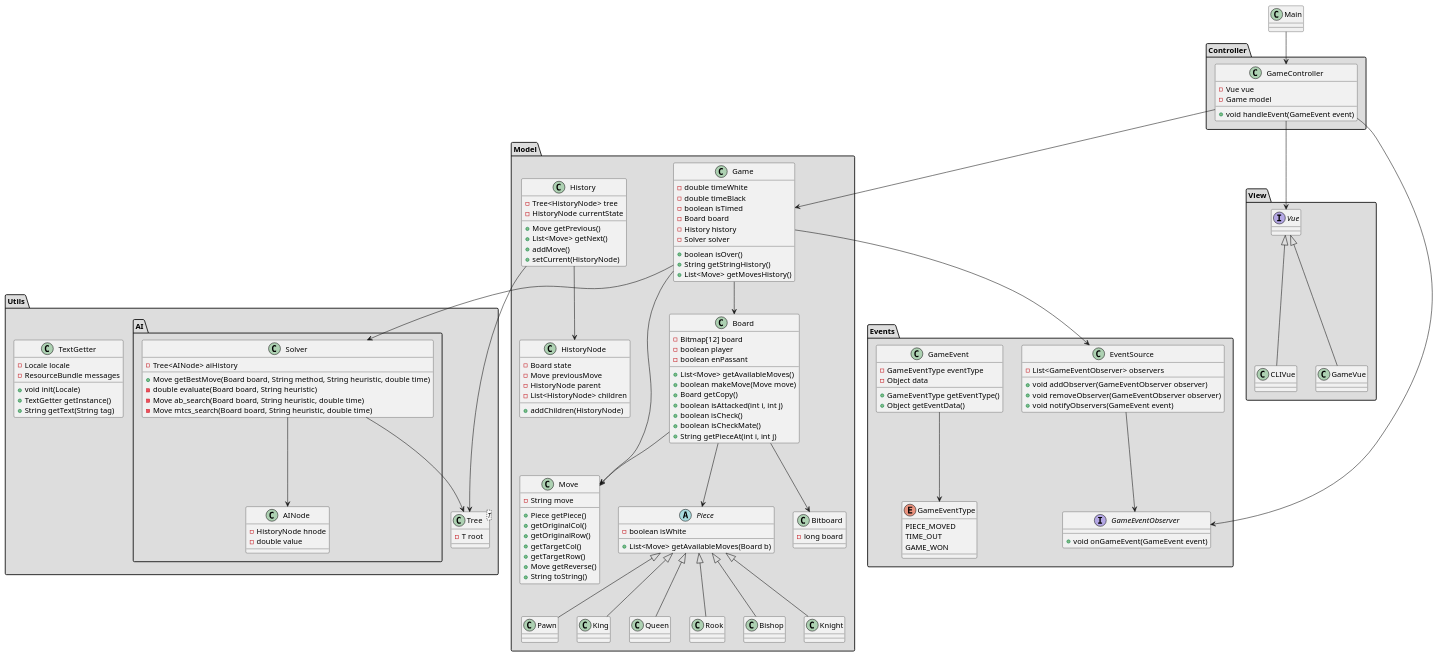
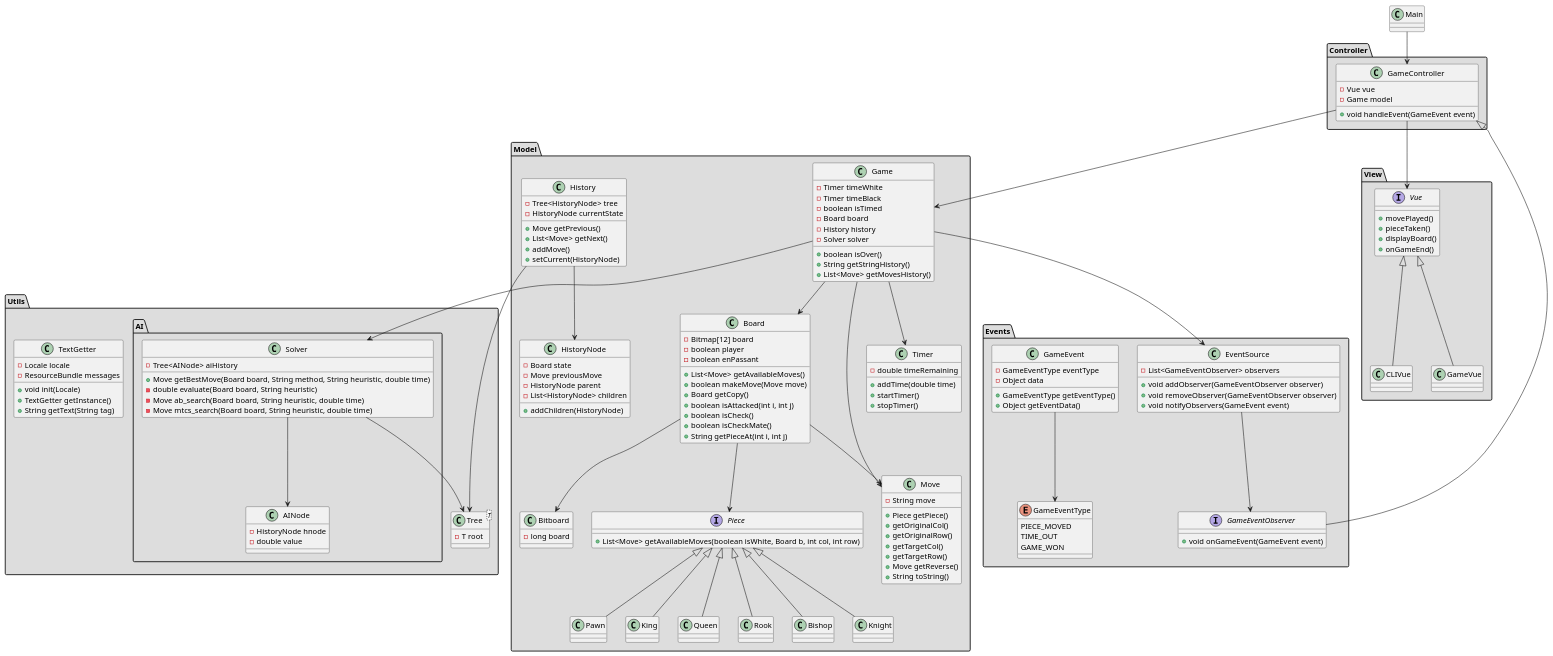
Before and after one commit to Vjonquiere/chess: the diagram in reports/preliminary/graph.puml, drawn with PlantUML.

Commit message:
updated architecture uml

```diff
--- a/reports/preliminary/graph.puml
+++ b/reports/preliminary/graph.puml
@@ -1,171 +1,183 @@
 @startuml
 top to bottom direction
 
 package "Model" #DDDDDD{
     class Game {
-        - double timeWhite
-        - double timeBlack
+        - Timer timeWhite
+        - Timer timeBlack
         - boolean isTimed
         - Board board
         - History history
         - Solver solver
         + boolean isOver()
         + String getStringHistory()
         + List<Move> getMovesHistory()
     }
 
     class History {
         - Tree<HistoryNode> tree
         - HistoryNode currentState
         + Move getPrevious()
         + List<Move> getNext()
         + addMove()
         + setCurrent(HistoryNode)
     }
 
     class HistoryNode {
         - Board state
         - Move previousMove
         - HistoryNode parent 
         - List<HistoryNode> children
         + addChildren(HistoryNode)
     }
 
     class Board {
         - Bitmap[12] board
         - boolean player
         - boolean enPassant
         + List<Move> getAvailableMoves()
         + boolean makeMove(Move move)
         + Board getCopy()
         + boolean isAttacked(int i, int j)
         + boolean isCheck()
         + boolean isCheckMate()
         + String getPieceAt(int i, int j)
     }
 
     class Bitboard {
         - long board
     }
 
     class Move {
         - String move
         + Piece getPiece()
         + getOriginalCol()
         + getOriginalRow()
         + getTargetCol()
         + getTargetRow()
         + Move getReverse()
         + String toString()
     }
 
-    abstract Piece {
-        - boolean isWhite
-        + List<Move> getAvailableMoves(Board b)
+    interface Piece {
+        + List<Move> getAvailableMoves(boolean isWhite, Board b, int col, int row)
     } 
 
     class Pawn {}
     class King {}
     class Queen {}
     class Rook {}
     class Bishop {}
     class Knight {}
+    
+    class Timer {
+        - double timeRemaining
+        + addTime(double time)
+        + startTimer()
+        + stopTimer()
+    }
 }
 
 package "View" #DDDDDD{
-    interface Vue
+    interface Vue{
+    + movePlayed()
+    + pieceTaken()
+    + displayBoard()
+    + onGameEnd()
+    }
     class CLIVue
     class GameVue
 }
 
 package "Controller" #DDDDDD{
     class GameController {
         - Vue vue
         - Game model
         + void handleEvent(GameEvent event)
     }
 }
 
 package "Events" #DDDDDD{
     class EventSource {
         - List<GameEventObserver> observers
         + void addObserver(GameEventObserver observer)
         + void removeObserver(GameEventObserver observer)
         + void notifyObservers(GameEvent event)
     }
 
     class GameEvent {
         - GameEventType eventType
         - Object data
         + GameEventType getEventType()
         + Object getEventData()
     }
 
     interface GameEventObserver {
         + void onGameEvent(GameEvent event)
     }
 
     enum GameEventType {
         PIECE_MOVED
         TIME_OUT
         GAME_WON
     }
 }
 
 package "Utils" #DDDDDD{
     package AI {
         class Solver {
             - Tree<AINode> aiHistory
             + Move getBestMove(Board board, String method, String heuristic, double time)
             - double evaluate(Board board, String heuristic)
             - Move ab_search(Board board, String heuristic, double time)
             - Move mtcs_search(Board board, String heuristic, double time)
         }
 
         class AINode {
             - HistoryNode hnode 
             - double value
         }
     }
 
     class TextGetter {
         - Locale locale
         - ResourceBundle messages
         + void init(Locale)
         + TextGetter getInstance()
         + String getText(String tag)
     }
 
     class Tree<T> {
         - T root
     }
 }
 
 Main --> GameController
 Game --> Board
 Game --> Move
 Game --> EventSource
 Game --> Solver
+Game --> Timer
 Board --> Move
 Board --> Piece
 Board --> Bitboard
 GameController --> Vue
 GameController --> Game
-GameController --> GameEventObserver
+GameEventObserver --|> GameController
 EventSource --> GameEventObserver
 GameEvent --> GameEventType
 History --> Tree
 History --> HistoryNode
 Solver --> Tree
 Solver --> AINode
 Vue <|-- CLIVue
 Vue <|-- GameVue
 
 Piece <|-- Pawn
 Piece <|-- King
 Piece <|-- Queen
 Piece <|-- Rook
 Piece <|-- Bishop
 Piece <|-- Knight
 
 @enduml
```
